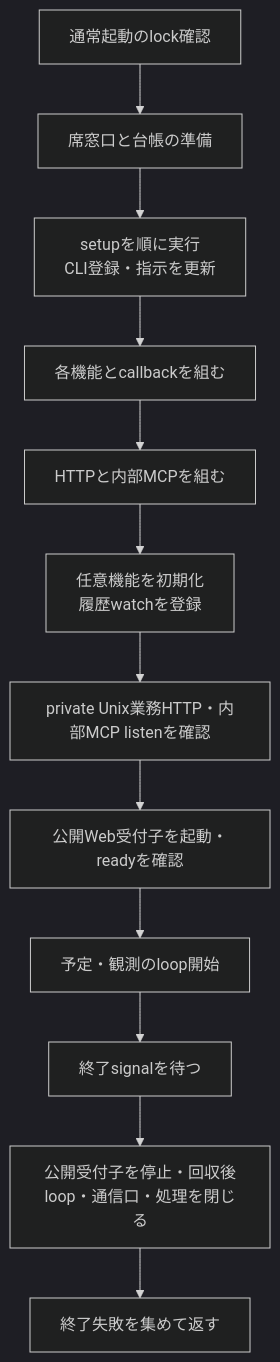
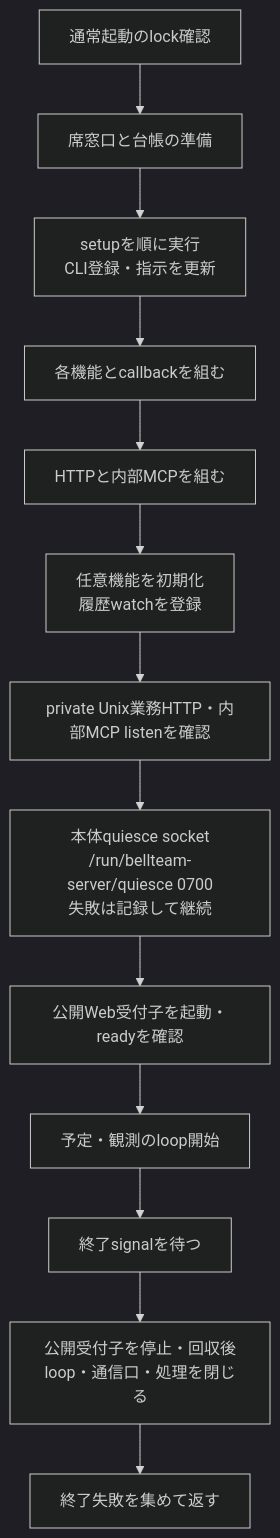
The first of 4 diagrams in docs/architecture/modules/runtime/execution.md (kitepon/BellTeam), drawn with Mermaid (dark theme) before and after one commit. The commit also changed other lines of this file and 16 other files, not shown here.

````diff
--- a/docs/architecture/modules/runtime/execution.md
+++ b/docs/architecture/modules/runtime/execution.md
@@ -7,14 +7,15 @@
 ```mermaid
 flowchart TD
   Supervisor["通常起動のlock確認"] --> Bootstrap["席窓口と台帳の準備"]
   Bootstrap --> Setup["setupを順に実行<br/>CLI登録・指示を更新"]
   Setup --> Services["各機能とcallbackを組む"]
   Services --> Runtime["HTTPと内部MCPを組む"]
   Runtime --> Features["任意機能を初期化<br/>履歴watchを登録"]
   Features --> Listen["private Unix業務HTTP・内部MCP listenを確認"]
-  Listen --> Gateway["公開Web受付子を起動・readyを確認"]
+  Listen --> Quiesce["本体quiesce socket<br/>/run/bellteam-server/quiesce 0700<br/>失敗は記録して継続"]
+  Quiesce --> Gateway["公開Web受付子を起動・readyを確認"]
   Gateway --> Loops["予定・観測のloop開始"]
   Loops --> Shutdown["終了signalを待つ"]
   Shutdown --> Close["公開受付子を停止・回収後<br/>loop・通信口・処理を閉じる"]
   Close --> Result["終了失敗を集めて返す"]
 ```
````
